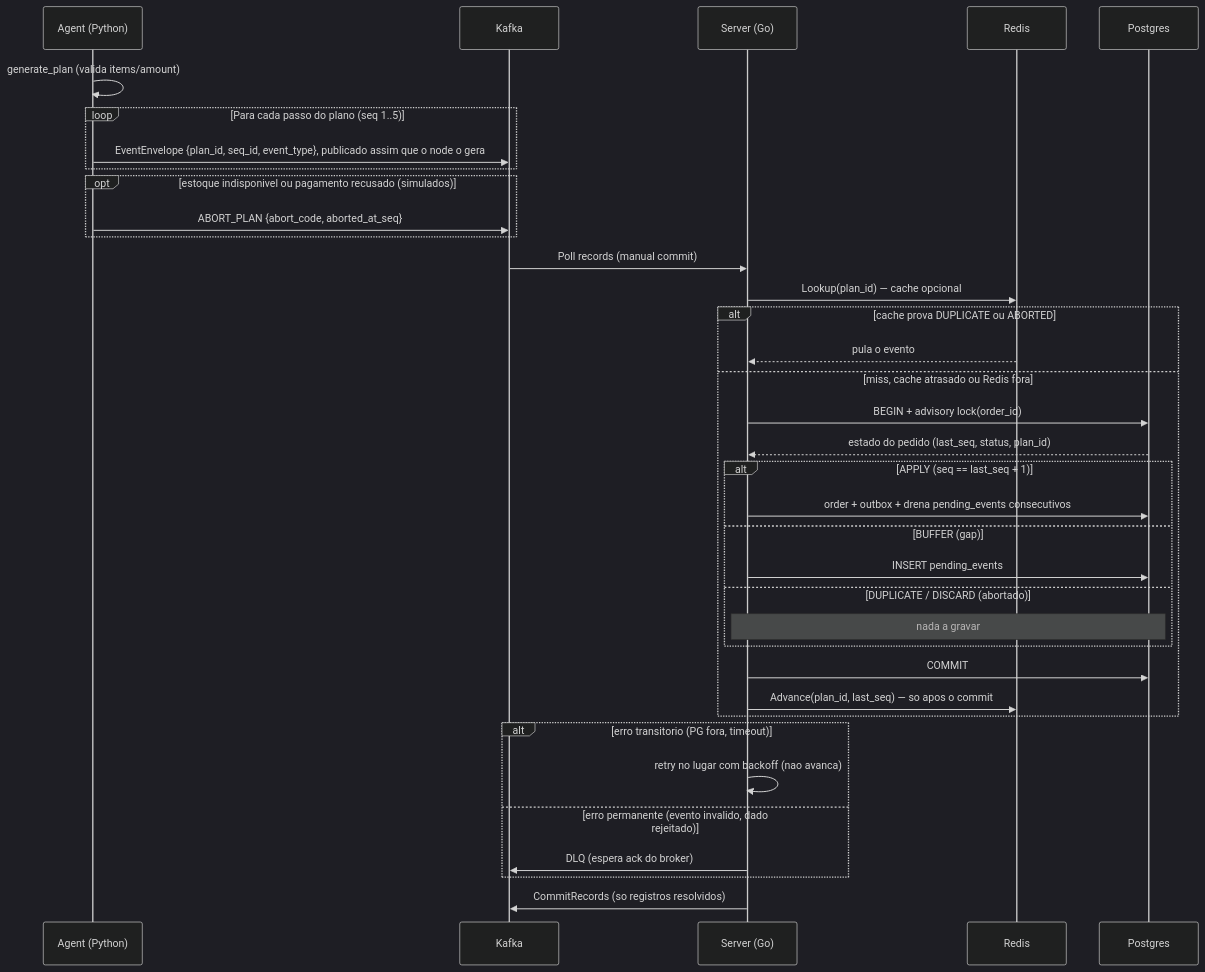
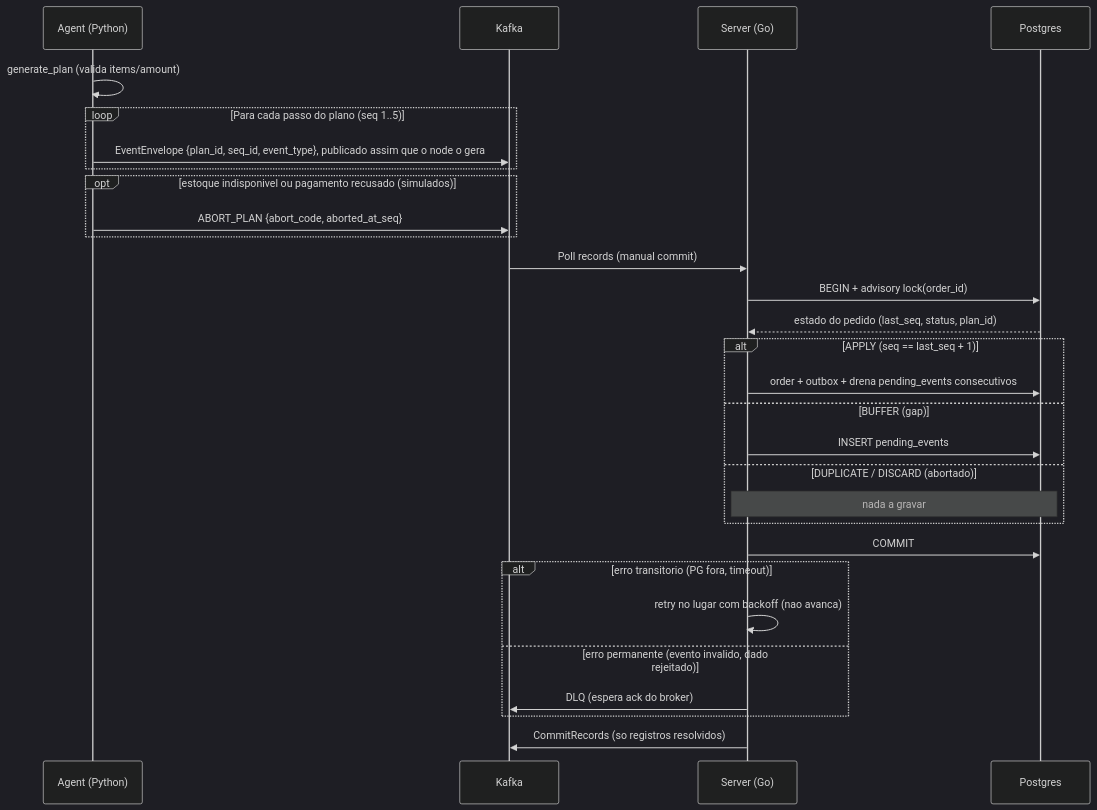
The second of 2 diagrams in README.md (deboracastrodev/distribuid-system-simulator), drawn with Mermaid (dark theme) before and after one commit. The commit also changed other lines of this file and 29 other files, not shown here.

````diff
--- a/README.md
+++ b/README.md
@@ -24,41 +24,34 @@
 ```mermaid
 sequenceDiagram
     participant Agent as Agent (Python)
     participant Kafka
     participant Server as Server (Go)
-    participant Redis
     participant Postgres
 
     Agent->>Agent: generate_plan (valida items/amount)
     loop Para cada passo do plano (seq 1..5)
         Agent->>Kafka: EventEnvelope {plan_id, seq_id, event_type}, publicado assim que o node o gera
     end
     opt estoque indisponivel ou pagamento recusado (simulados)
         Agent->>Kafka: ABORT_PLAN {abort_code, aborted_at_seq}
     end
 
     Kafka->>Server: Poll records (manual commit)
-    Server->>Redis: Lookup(plan_id) — cache opcional
-    alt cache prova DUPLICATE ou ABORTED
-        Redis-->>Server: pula o evento
-    else miss, cache atrasado ou Redis fora
-        Server->>Postgres: BEGIN + advisory lock(order_id)
-        Postgres-->>Server: estado do pedido (last_seq, status, plan_id)
-        alt APPLY (seq == last_seq + 1)
-            Server->>Postgres: order + outbox + drena pending_events consecutivos
-        else BUFFER (gap)
-            Server->>Postgres: INSERT pending_events
-        else DUPLICATE / DISCARD (abortado)
-            Note over Server,Postgres: nada a gravar
-        end
-        Server->>Postgres: COMMIT
-        Server->>Redis: Advance(plan_id, last_seq) — so apos o commit
+    Server->>Postgres: BEGIN + advisory lock(order_id)
+    Postgres-->>Server: estado do pedido (last_seq, status, plan_id)
+    alt APPLY (seq == last_seq + 1)
+        Server->>Postgres: order + outbox + drena pending_events consecutivos
+    else BUFFER (gap)
+        Server->>Postgres: INSERT pending_events
+    else DUPLICATE / DISCARD (abortado)
+        Note over Server,Postgres: nada a gravar
     end
+    Server->>Postgres: COMMIT
 
     alt erro transitorio (PG fora, timeout)
         Server->>Server: retry no lugar com backoff (nao avanca)
     else erro permanente (evento invalido, dado rejeitado)
         Server->>Kafka: DLQ (espera ack do broker)
     end
     Server->>Kafka: CommitRecords (so registros resolvidos)
 ```
````
